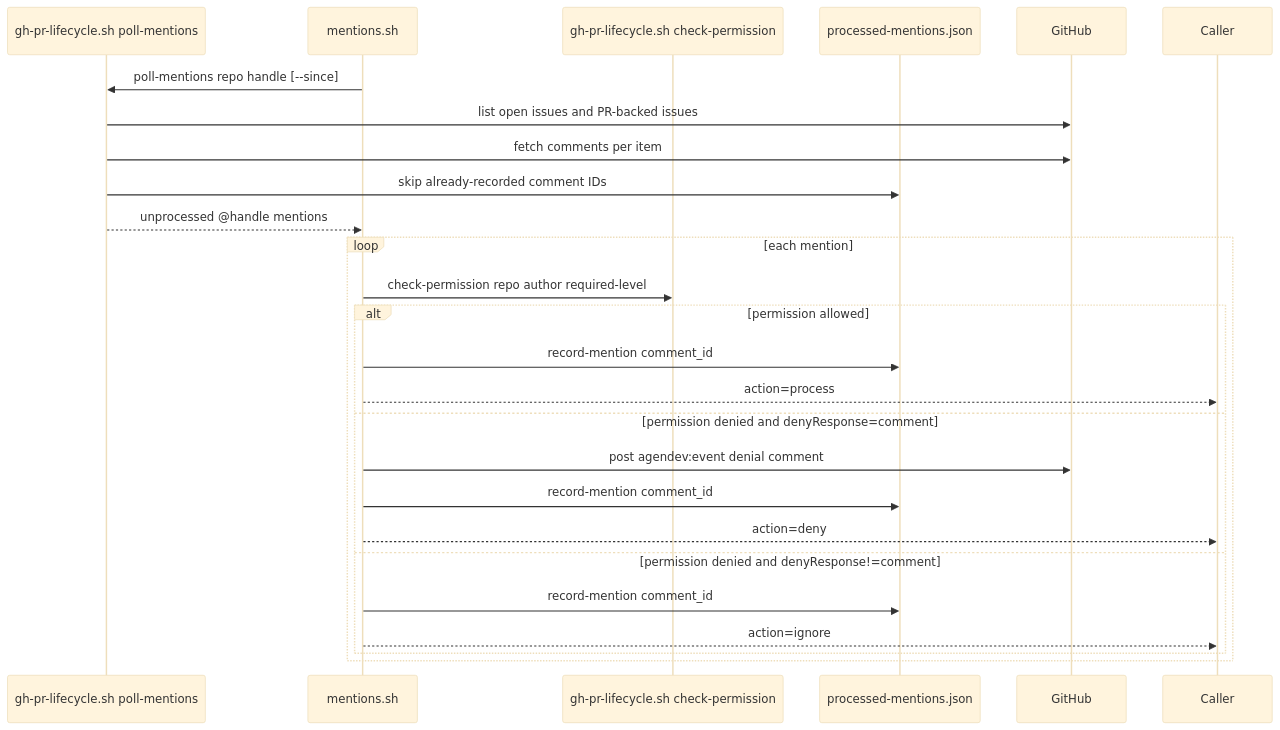
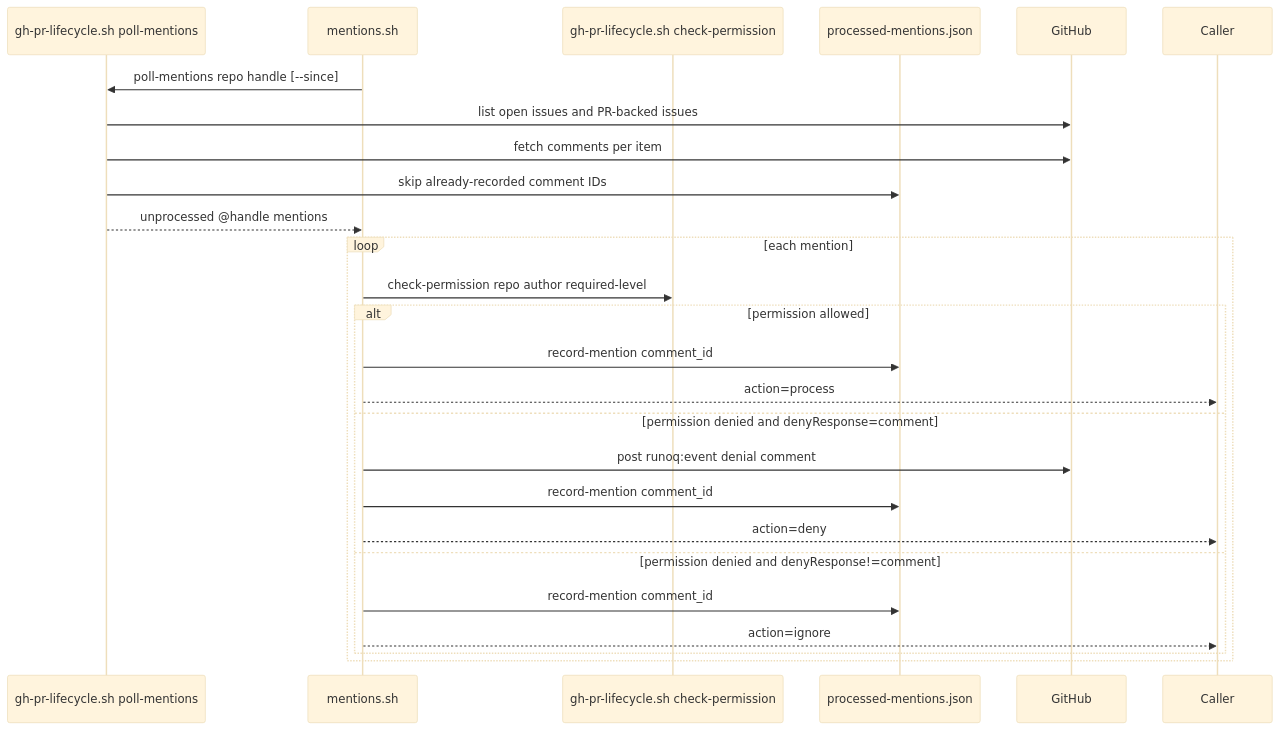
Before and after one commit to morhekil/runoq: the fifth of 6 diagrams in docs/architecture/flows.md, drawn with Mermaid (base theme). The commit also changed other lines of this file and 98 other files, not shown here.

Commit message:
rebranding from agendev to runoq

````diff
--- a/docs/architecture/flows.md
+++ b/docs/architecture/flows.md
@@ -221,28 +221,28 @@
 ```mermaid
 sequenceDiagram
   participant Poll as gh-pr-lifecycle.sh poll-mentions
   participant Mention as mentions.sh
   participant Perm as gh-pr-lifecycle.sh check-permission
   participant State as processed-mentions.json
   participant GH as GitHub
 
   Mention->>Poll: poll-mentions repo handle [--since]
   Poll->>GH: list open issues and PR-backed issues
   Poll->>GH: fetch comments per item
   Poll->>State: skip already-recorded comment IDs
   Poll-->>Mention: unprocessed @handle mentions
   loop each mention
     Mention->>Perm: check-permission repo author required-level
     alt permission allowed
       Mention->>State: record-mention comment_id
       Mention-->>Caller: action=process
     else permission denied and denyResponse=comment
-      Mention->>GH: post agendev:event denial comment
+      Mention->>GH: post runoq:event denial comment
       Mention->>State: record-mention comment_id
       Mention-->>Caller: action=deny
     else permission denied and denyResponse!=comment
       Mention->>State: record-mention comment_id
       Mention-->>Caller: action=ignore
     end
   end
 ```
````
